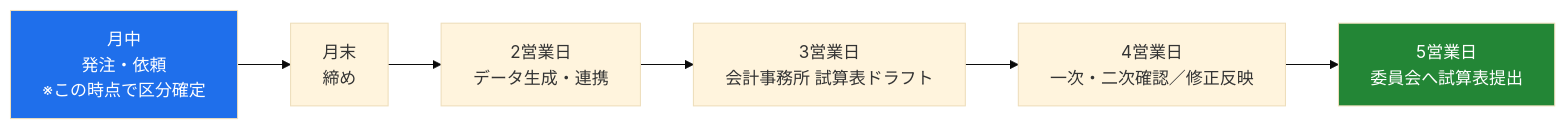
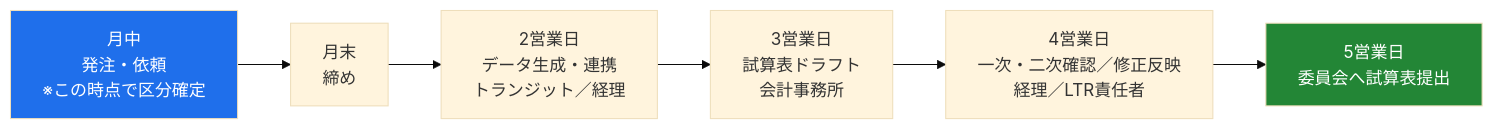
The fifth of 6 diagrams in internal/02_業務フロー_文章と図解.md (maa-a/Antigravity-test), drawn with Mermaid (base theme) before and after one commit. The commit also changed 6 other files, not shown here.

````diff
--- a/internal/02_業務フロー_文章と図解.md
+++ b/internal/02_業務フロー_文章と図解.md
@@ -235,11 +235,11 @@
 ```mermaid
 flowchart LR
     A["月中<br/>発注・依頼<br/>※この時点で区分確定"] --> B["月末<br/>締め"]
-    B --> C["2営業日<br/>データ生成・連携"]
-    C --> D["3営業日<br/>会計事務所 試算表ドラフト"]
-    D --> E["4営業日<br/>一次・二次確認／修正反映"]
+    B --> C["2営業日<br/>データ生成・連携<br/>トランジット／経理"]
+    C --> D["3営業日<br/>試算表ドラフト<br/>会計事務所"]
+    D --> E["4営業日<br/>一次・二次確認／修正反映<br/>経理／LTR責任者"]
     E --> F["5営業日<br/>委員会へ試算表提出"]
 
     style A fill:#1f6feb,color:#fff
     style F fill:#238636,color:#fff
 ```
````
